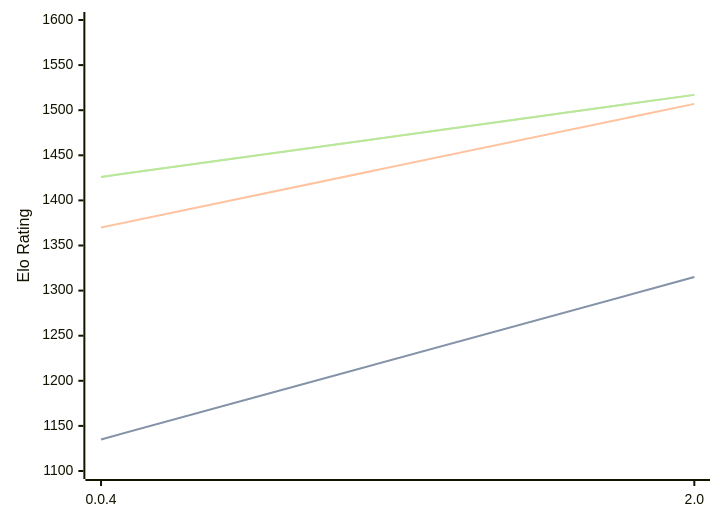
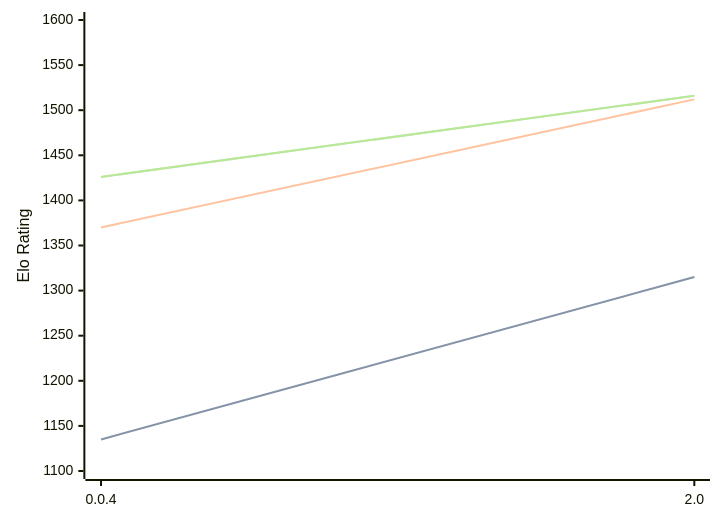
One commit to computer-chess-index/cci changed the diagram in engines/Oops!Mate.md. Above: the diagram before and after it, drawn with Mermaid. The commit also changed other lines of this file, not shown here.

Commit message:
Update CCI Ratings (ELO VLTC) - 2026-03-01

````diff
--- a/engines/Oops!Mate.md
+++ b/engines/Oops!Mate.md
@@ -49,11 +49,11 @@
 ```mermaid
 %%{init: {"theme":"base","themeVariables":{"seriesColors:['#a3a3a3','#222221','#faa371']}}}%%
 xychart-beta
   x-axis ["0.0.4", "2.0"]
   y-axis "Elo Rating" 1100 --> 1600
   line "STC (8.0+0.08s)" [1135, 1315]
   line "STC (8.0+0.08s)" [1135, 1315]
-  line "LTC (60.0+0.60s)" [1370, 1507]
-  line "VLTC (2m24s+1.12s)" [1426, 1517]
-  line "VLTC (2m24s+1.12s)" [1426, 1517]
+  line "LTC (60.0+0.60s)" [1370, 1512]
+  line "VLTC (2m24s+1.12s)" [1426, 1516]
+  line "VLTC (2m24s+1.12s)" [1426, 1516]
 ```
````
